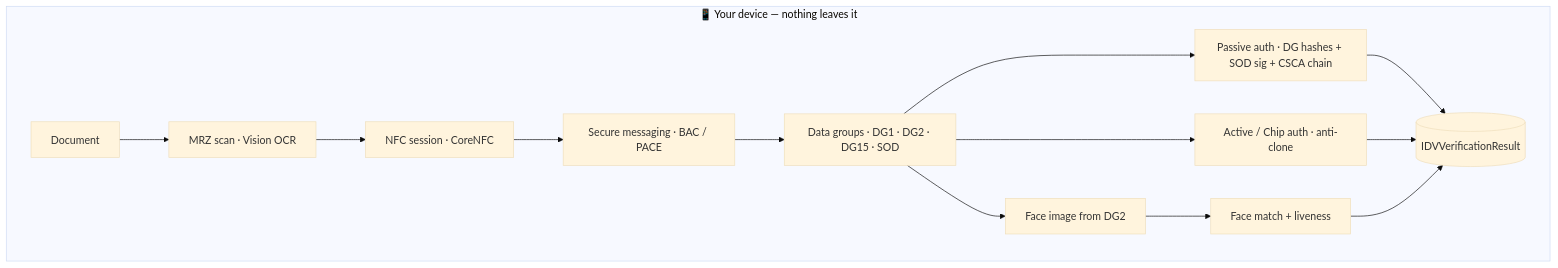
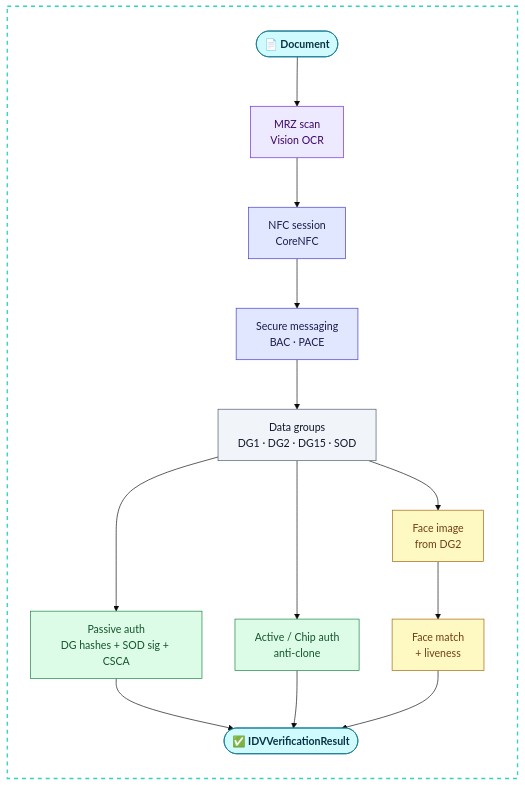
Before and after one commit to masadchattha/IDVKit: the diagram in README.md, drawn with Mermaid (base theme). The commit also changed other lines of this file and 13 other files, not shown here.

````diff
--- a/README.md
+++ b/README.md
@@ -283,16 +320,25 @@
 ```mermaid
-flowchart TD
-  subgraph device["📱 Your device — nothing leaves it"]
-    A[Document] --> B[MRZ scan · Vision OCR]
-    B --> C[NFC session · CoreNFC]
-    C --> D[Secure messaging · BAC / PACE]
-    D --> E[Data groups · DG1 · DG2 · DG15 · SOD]
-    E --> F[Passive auth · DG hashes + SOD sig + CSCA chain]
-    E --> G[Active / Chip auth · anti-clone]
-    E --> H[Face image from DG2]
-    H --> I[Face match + liveness]
-    F --> R[(IDVVerificationResult)]
+flowchart TB
+  subgraph device[" "]
+    direction TB
+    A([📄 Document]):::io --> B[MRZ scan<br/>Vision OCR]:::scan
+    B --> C[NFC session<br/>CoreNFC]:::nfc
+    C --> D[Secure messaging<br/>BAC · PACE]:::nfc
+    D --> E[Data groups<br/>DG1 · DG2 · DG15 · SOD]:::data
+    E --> F[Passive auth<br/>DG hashes + SOD sig + CSCA]:::verify
+    E --> G[Active / Chip auth<br/>anti-clone]:::verify
+    E --> H[Face image<br/>from DG2]:::face
+    H --> I[Face match<br/>+ liveness]:::face
+    F --> R([✅ IDVVerificationResult]):::io
     G --> R
     I --> R
   end
+
+  classDef io fill:#cffafe,stroke:#0e7490,color:#083344,font-weight:bold
+  classDef scan fill:#ede9fe,stroke:#6d28d9,color:#3b0764
+  classDef nfc fill:#e0e7ff,stroke:#4338ca,color:#1e1b4b
+  classDef data fill:#f1f5f9,stroke:#475569,color:#0f172a
+  classDef verify fill:#dcfce7,stroke:#15803d,color:#14532d
+  classDef face fill:#fef9c3,stroke:#a16207,color:#713f12
+  style device fill:#ffffff09,stroke:#2dd4bf,stroke-width:2px,stroke-dasharray:6 6
 ```
````
